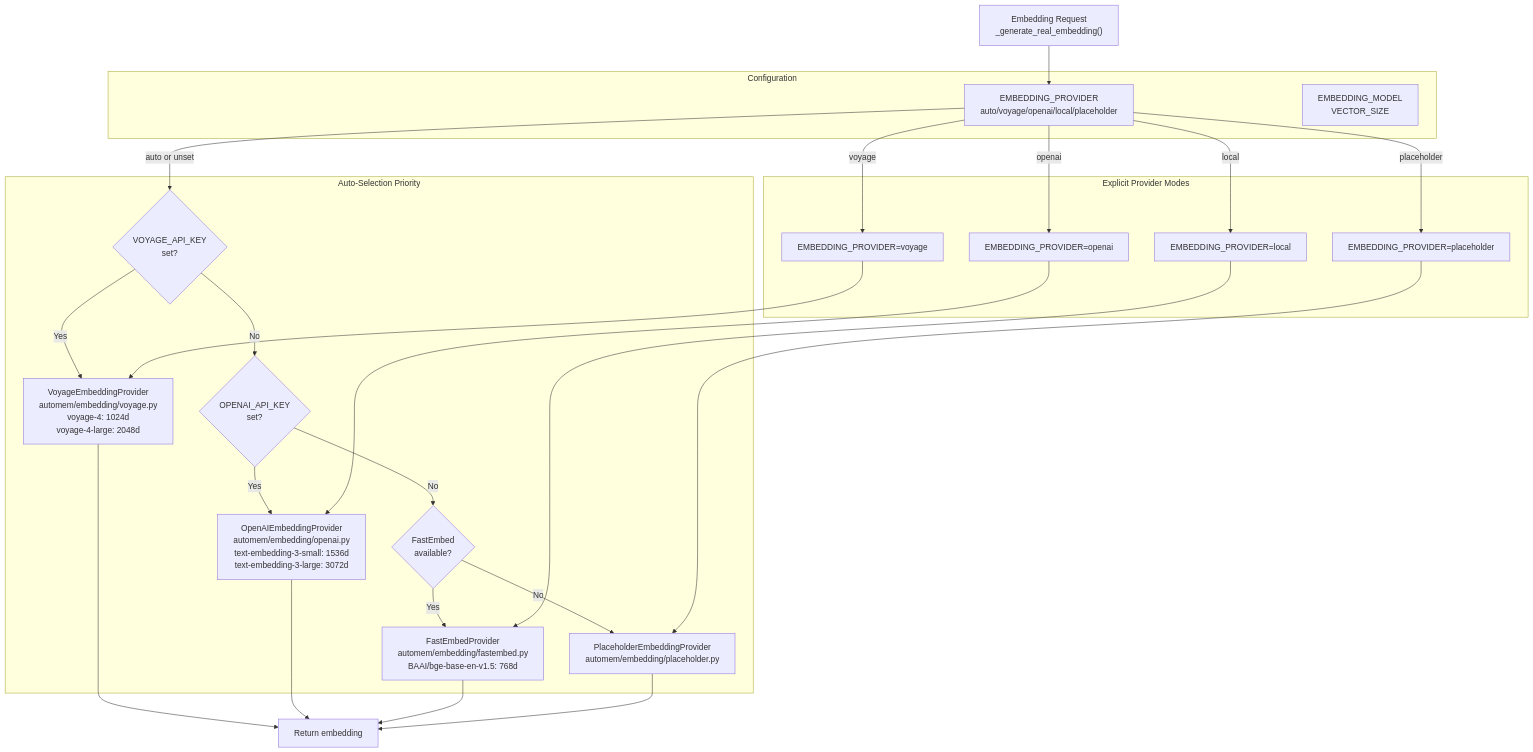
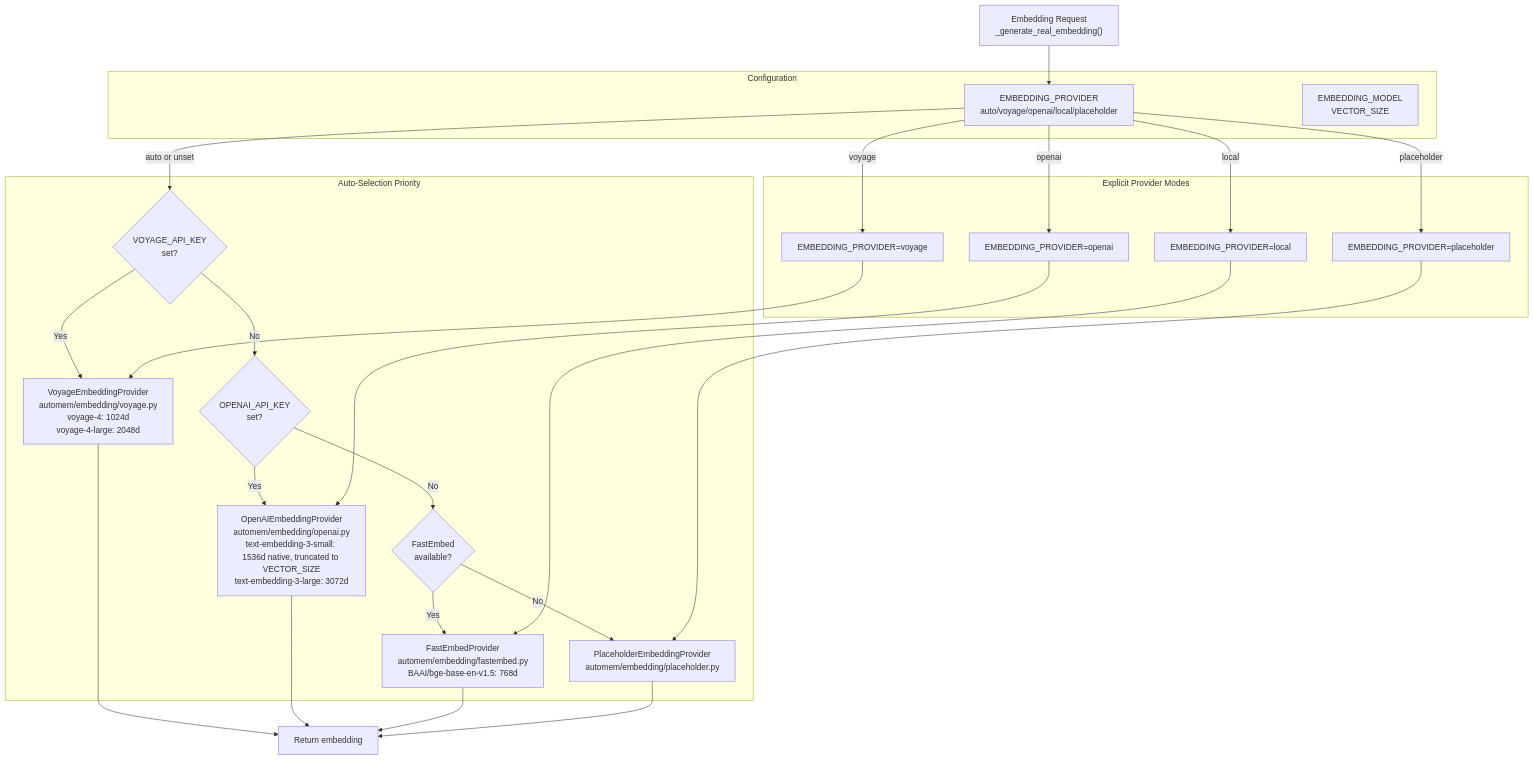
One commit to verygoodplugins/automem-website changed the sixth of 6 diagrams in src/content/docs/docs/overview.md. Above: the diagram before and after it, drawn with Mermaid. The commit also changed 1 other file, not shown here.

Commit message:
fix: clarify text-embedding-3-small is 1536d native, truncated to VECTOR_SIZE
The docs showed 1536d without context. In practice, AutoMem truncates
text-embedding-3-small to VECTOR_SIZE (default 1024) via Matryoshka.
Updated both diagrams to show this.

````diff
--- a/src/content/docs/docs/overview.md
+++ b/src/content/docs/docs/overview.md
@@ -400,52 +400,52 @@
 ```mermaid
 graph TB
     Start["Embedding Request<br/>_generate_real_embedding()"]
 
     subgraph config["Configuration"]
         EnvProvider["EMBEDDING_PROVIDER<br/>auto/voyage/openai/local/placeholder"]
         EnvModel["EMBEDDING_MODEL<br/>VECTOR_SIZE"]
     end
 
     subgraph auto_select["Auto-Selection Priority"]
         CheckVoyage{"VOYAGE_API_KEY<br/>set?"}
         CheckOpenAI{"OPENAI_API_KEY<br/>set?"}
         CheckFastEmbed{"FastEmbed<br/>available?"}
         UsePlaceholder["PlaceholderEmbeddingProvider<br/>automem/embedding/placeholder.py"]
 
         Voyage["VoyageEmbeddingProvider<br/>automem/embedding/voyage.py<br/>voyage-4: 1024d<br/>voyage-4-large: 2048d"]
-        OpenAI["OpenAIEmbeddingProvider<br/>automem/embedding/openai.py<br/>text-embedding-3-small: 1536d<br/>text-embedding-3-large: 3072d"]
+        OpenAI["OpenAIEmbeddingProvider<br/>automem/embedding/openai.py<br/>text-embedding-3-small: 1536d native, truncated to VECTOR_SIZE<br/>text-embedding-3-large: 3072d"]
         FastEmbed["FastEmbedProvider<br/>automem/embedding/fastembed.py<br/>BAAI/bge-base-en-v1.5: 768d"]
     end
 
     subgraph explicit["Explicit Provider Modes"]
         ForceVoyage["EMBEDDING_PROVIDER=voyage"]
         ForceOpenAI["EMBEDDING_PROVIDER=openai"]
         ForceLocal["EMBEDDING_PROVIDER=local"]
         ForcePlaceholder["EMBEDDING_PROVIDER=placeholder"]
     end
 
     Start --> EnvProvider
 
     EnvProvider -->|"auto or unset"| CheckVoyage
     EnvProvider -->|"voyage"| ForceVoyage
     EnvProvider -->|"openai"| ForceOpenAI
     EnvProvider -->|"local"| ForceLocal
     EnvProvider -->|"placeholder"| ForcePlaceholder
 
     CheckVoyage -->|"Yes"| Voyage
     CheckVoyage -->|"No"| CheckOpenAI
     CheckOpenAI -->|"Yes"| OpenAI
     CheckOpenAI -->|"No"| CheckFastEmbed
     CheckFastEmbed -->|"Yes"| FastEmbed
     CheckFastEmbed -->|"No"| UsePlaceholder
 
     ForceVoyage --> Voyage
     ForceOpenAI --> OpenAI
     ForceLocal --> FastEmbed
     ForcePlaceholder --> UsePlaceholder
 
     Voyage --> Result["Return embedding"]
     OpenAI --> Result
     FastEmbed --> Result
     UsePlaceholder --> Result
 ```
````
